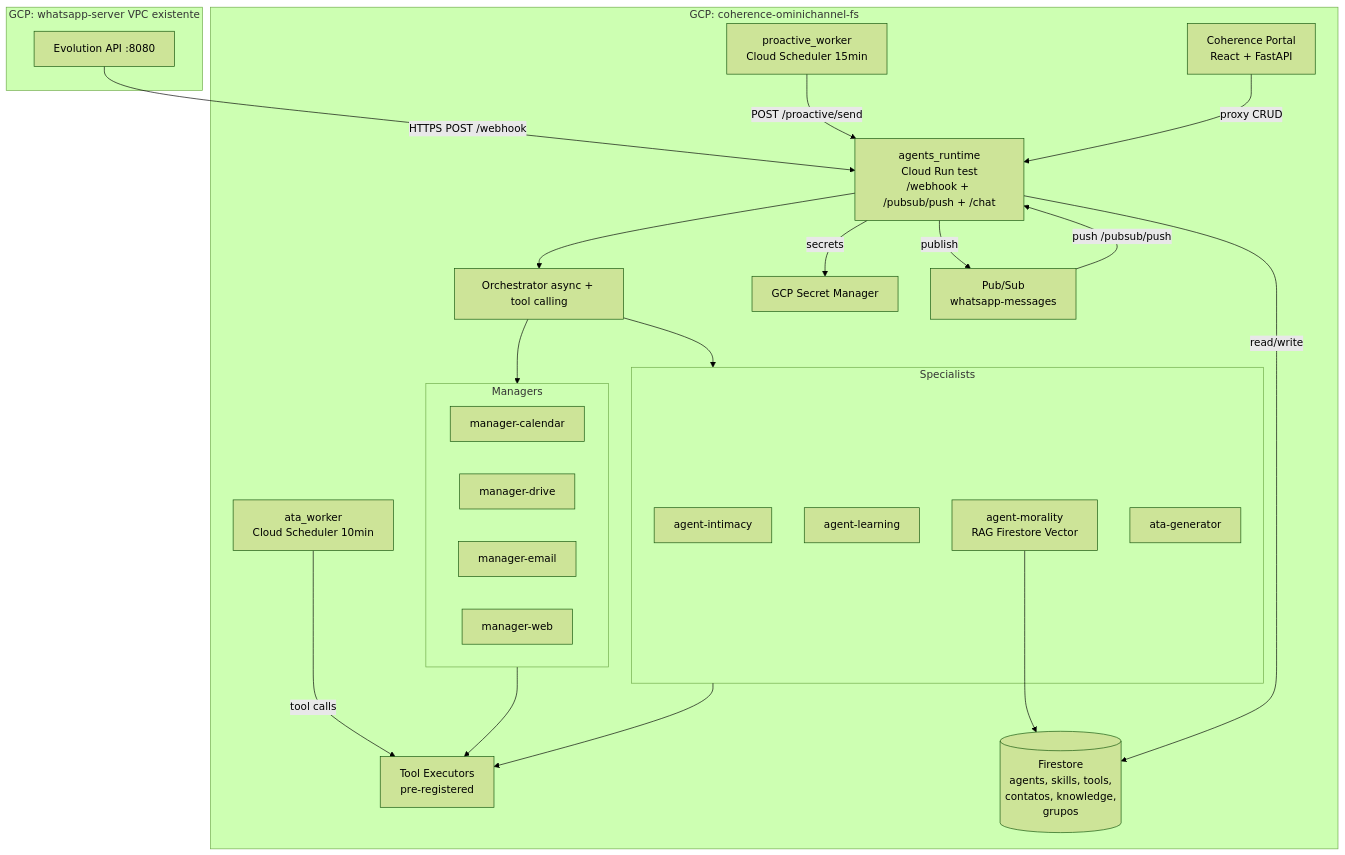
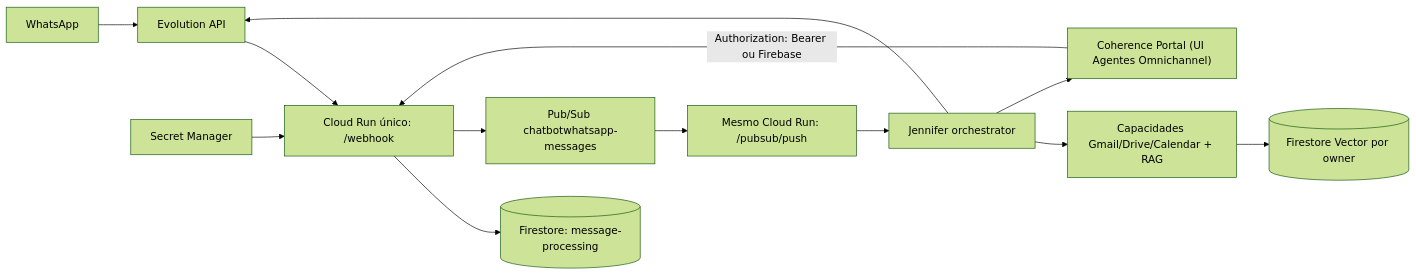
The first of 2 diagrams in docs/ARQUITETURA.md (viniciusbritor/ChatBotWhatsapp), drawn with Mermaid (forest theme) before and after one commit. The commit also changed other lines of this file and 49 other files, not shown here.

First line of the commit message:
feat(rag): plain firestore message-history + isolated owner_hash

````diff
--- a/docs/ARQUITETURA.md
+++ b/docs/ARQUITETURA.md
@@ -46,49 +40,15 @@
 ```mermaid
-flowchart TB
-    subgraph WS["GCP: whatsapp-server VPC existente"]
-        EVO["Evolution API :8080"]
-    end
-
-    subgraph FS["GCP: coherence-ominichannel-fs"]
-        AR["agents_runtime<br/>Cloud Run test<br/>/webhook + /pubsub/push + /chat"]
-        ORCH["Orchestrator async + tool calling"]
-        TOOLS["Tool Executors<br/>pre-registered"]
-
-        subgraph SPECIALISTS["Specialists"]
-            INT["agent-intimacy"]
-            LRN["agent-learning"]
-            MOR["agent-morality<br/>RAG Firestore Vector"]
-            ATA["ata-generator"]
-        end
-
-        subgraph MANAGERS["Managers"]
-            MC["manager-calendar"]
-            MD["manager-drive"]
-            ME["manager-email"]
-            MW["manager-web"]
-        end
-
-        PRO["proactive_worker<br/>Cloud Scheduler 15min"]
-        ATW["ata_worker<br/>Cloud Scheduler 10min"]
-
-        PORTAL["Coherence Portal<br/>React + FastAPI"]
-        FS_DB[("Firestore<br/>agents, skills, tools,<br/>contatos, knowledge,<br/>grupos")]
-        SM["GCP Secret Manager"]
-        PUB["Pub/Sub<br/>whatsapp-messages"]
-    end
-
-    EVO -->|"HTTPS POST /webhook"| AR
-    AR -->|"publish"| PUB
-    PUB -->|"push /pubsub/push"| AR
-    AR --> ORCH
-    ORCH --> MANAGERS
-    ORCH --> SPECIALISTS
-    MANAGERS --> TOOLS
-    SPECIALISTS --> TOOLS
-    MOR --> FS_DB
-    PRO -->|"POST /proactive/send"| AR
-    ATW -->|"tool calls"| TOOLS
-    PORTAL -->|"proxy CRUD"| AR
-    AR -->|"read/write"| FS_DB
-    AR -->|"secrets"| SM
+flowchart LR
+    WA["WhatsApp"] --> EVO["Evolution API"]
+    EVO --> WEB["Cloud Run único: /webhook"]
+    WEB --> LEDGER[("Firestore: message-processing")]
+    WEB --> PS["Pub/Sub chatbotwhatsapp-messages"]
+    PS --> PUSH["Mesmo Cloud Run: /pubsub/push"]
+    PUSH --> ORCH["Jennifer orchestrator"]
+    ORCH --> TOOLS["Capacidades Gmail/Drive/Calendar + RAG"]
+    TOOLS --> VECT[("Firestore Vector por owner")]
+    ORCH --> EVO
+    ORCH --> PORTAL["Coherence Portal (UI Agentes Omnichannel)"]
+    PORTAL -->|"Authorization: Bearer ou Firebase"| WEB
+    SECRETS["Secret Manager"] --> WEB
 ```
````
